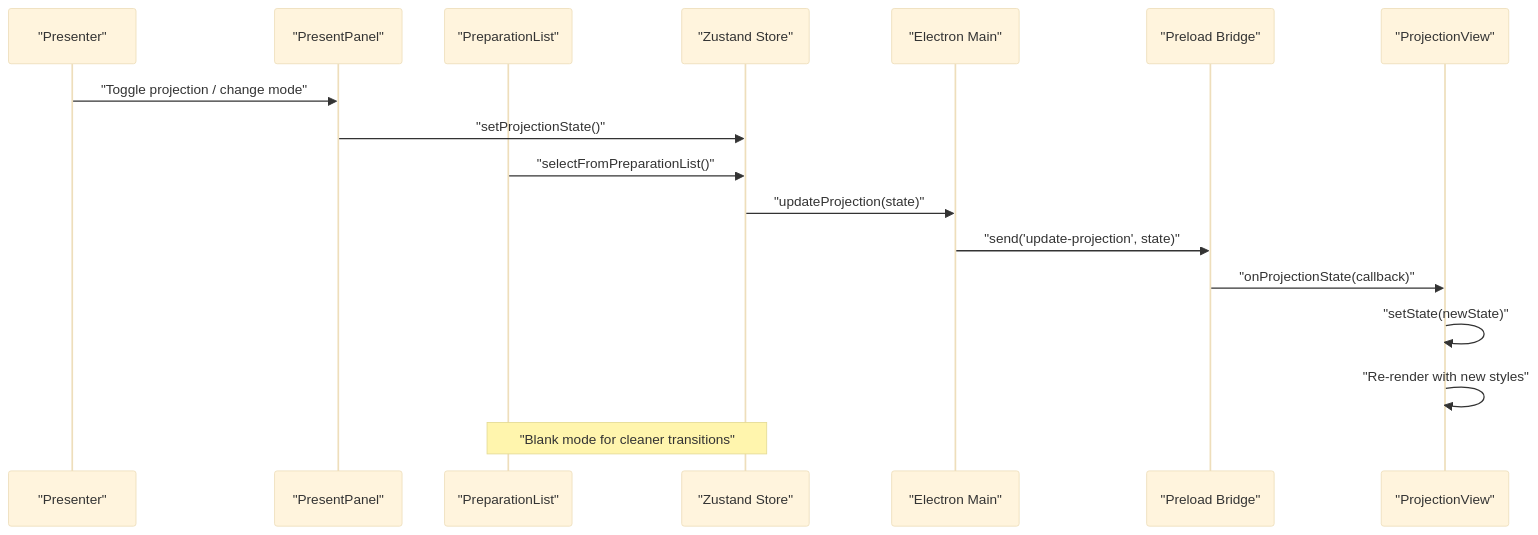
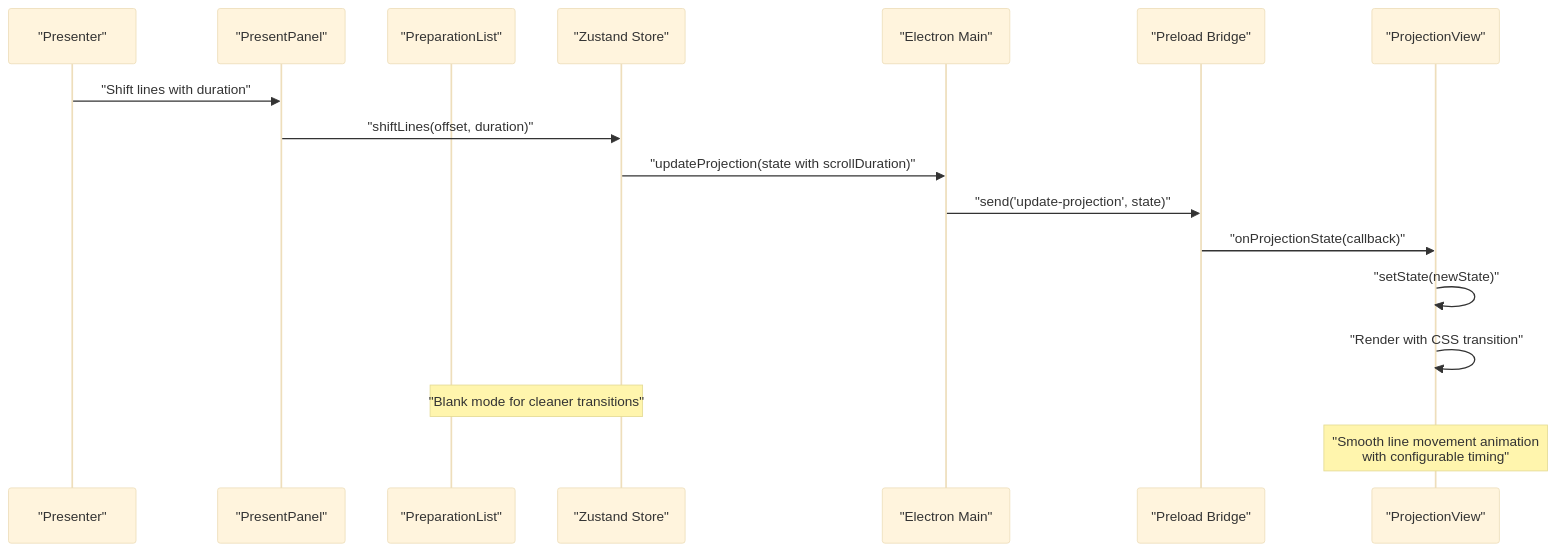
Before and after one commit to jimmywyk/lyricdeck: the second of 12 diagrams in .qoder/repowiki/en/content/User Interface Components/Projection View Component.md, drawn with Mermaid (base theme). The commit also changed other lines of this file and 8 other files, not shown here.

Commit message:
Add auto adjustment of font size in present mode and other bug fixes

````diff
--- a/.qoder/repowiki/en/content/User Interface Components/Projection View Component.md
+++ b/.qoder/repowiki/en/content/User Interface Components/Projection View Component.md
@@ -133,19 +135,19 @@
 ```mermaid
 sequenceDiagram
 participant Presenter as "Presenter"
 participant PresentPanel as "PresentPanel"
 participant PreparationList as "PreparationList"
 participant Store as "Zustand Store"
 participant Main as "Electron Main"
 participant Preload as "Preload Bridge"
 participant Projection as "ProjectionView"
-Presenter->>PresentPanel : "Toggle projection / change mode"
-PresentPanel->>Store : "setProjectionState()"
-PreparationList->>Store : "selectFromPreparationList()"
-Store->>Main : "updateProjection(state)"
+Presenter->>PresentPanel : "Shift lines with duration"
+PresentPanel->>Store : "shiftLines(offset, duration)"
+Store->>Main : "updateProjection(state with scrollDuration)"
 Main->>Preload : "send('update-projection', state)"
 Preload->>Projection : "onProjectionState(callback)"
 Projection->>Projection : "setState(newState)"
-Projection->>Projection : "Re-render with new styles"
+Projection->>Projection : "Render with CSS transition"
 Note over PreparationList,Store : "Blank mode for cleaner transitions"
+Note over Projection : "Smooth line movement animation<br/>with configurable timing"
 ```
````
